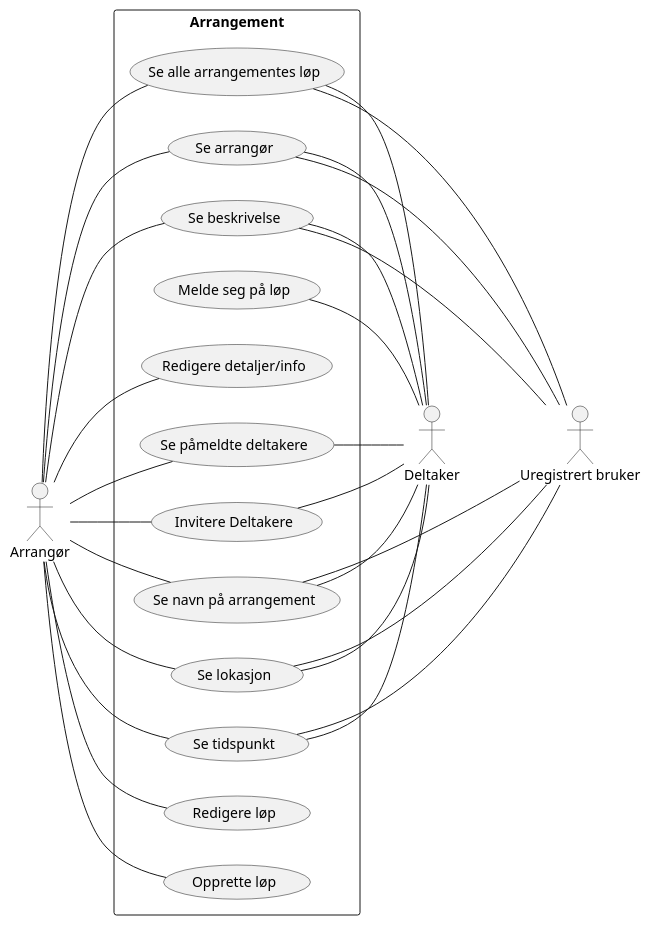
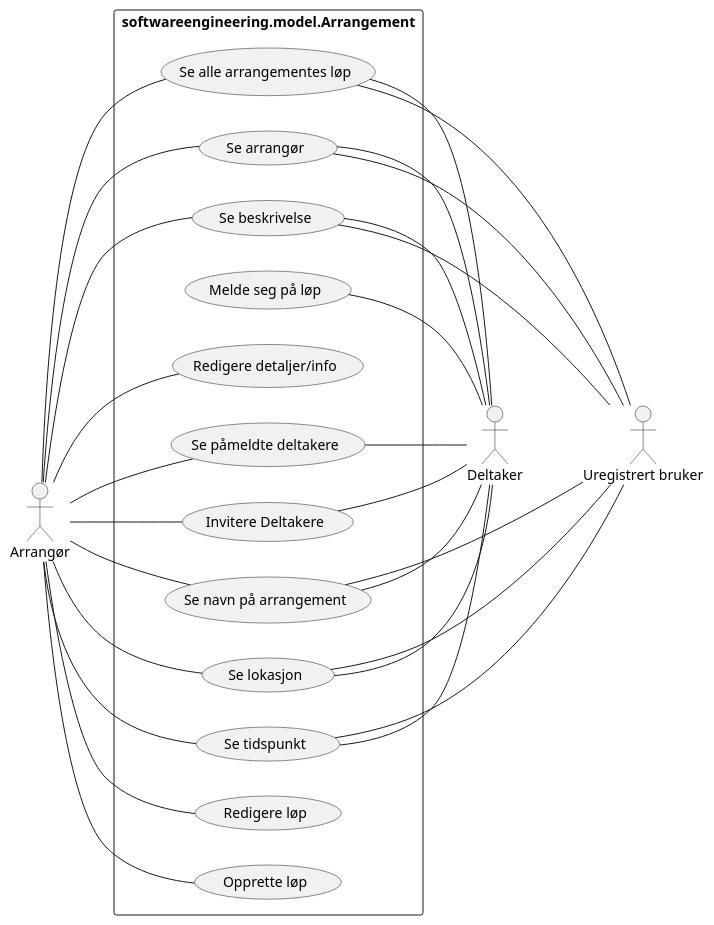
Before and after one commit to GossipDolphin/software_prosjekt_18: the diagram in diagrammer/use cases/arrangement.puml, drawn with PlantUML. The commit also changed 25 other files, not shown here.

```diff
--- a/diagrammer/use cases/arrangement.puml
+++ b/diagrammer/use cases/arrangement.puml
@@ -1,48 +1,48 @@
  @startuml
 left to right direction
 skinparam packageStyle rectangle
 
 :Arrangør:
 :Deltaker:
 :Uregistrert bruker: as Uregistrert
-rectangle Arrangement {
+rectangle softwareengineering.model.Arrangement {
 
 Arrangør -- (Redigere løp)
 Arrangør -- (Opprette løp)
 Arrangør -- (Redigere detaljer/info)
 Arrangør -- (Se navn på arrangement)
 Arrangør -- (Se arrangør)
 Arrangør -- (Se beskrivelse)
 Arrangør -- (Se tidspunkt)
 Arrangør -- (Se påmeldte deltakere)
 Arrangør -- (Se lokasjon)
 Arrangør -- (Invitere Deltakere)
 Arrangør -- (Se alle arrangementes løp)
 
 (Se navn på arrangement) -- Deltaker
 (Se navn på arrangement) --- Uregistrert
 
 (Se arrangør) -- Deltaker
 (Se arrangør) --- Uregistrert
 
 (Se beskrivelse) -- Deltaker
 (Se beskrivelse) -- Uregistrert
 
 (Se tidspunkt) -- Deltaker
 (Se tidspunkt) --- Uregistrert
 
 
 (Se lokasjon) -- Deltaker
 (Se lokasjon) --- Uregistrert
 
 
 (Se alle arrangementes løp) -- Deltaker
 (Se alle arrangementes løp) --- Uregistrert
 
 
 (Invitere Deltakere) -- Deltaker
 (Se påmeldte deltakere) -- Deltaker
 (Melde seg på løp) -- Deltaker
 
 }
  @enduml
```
